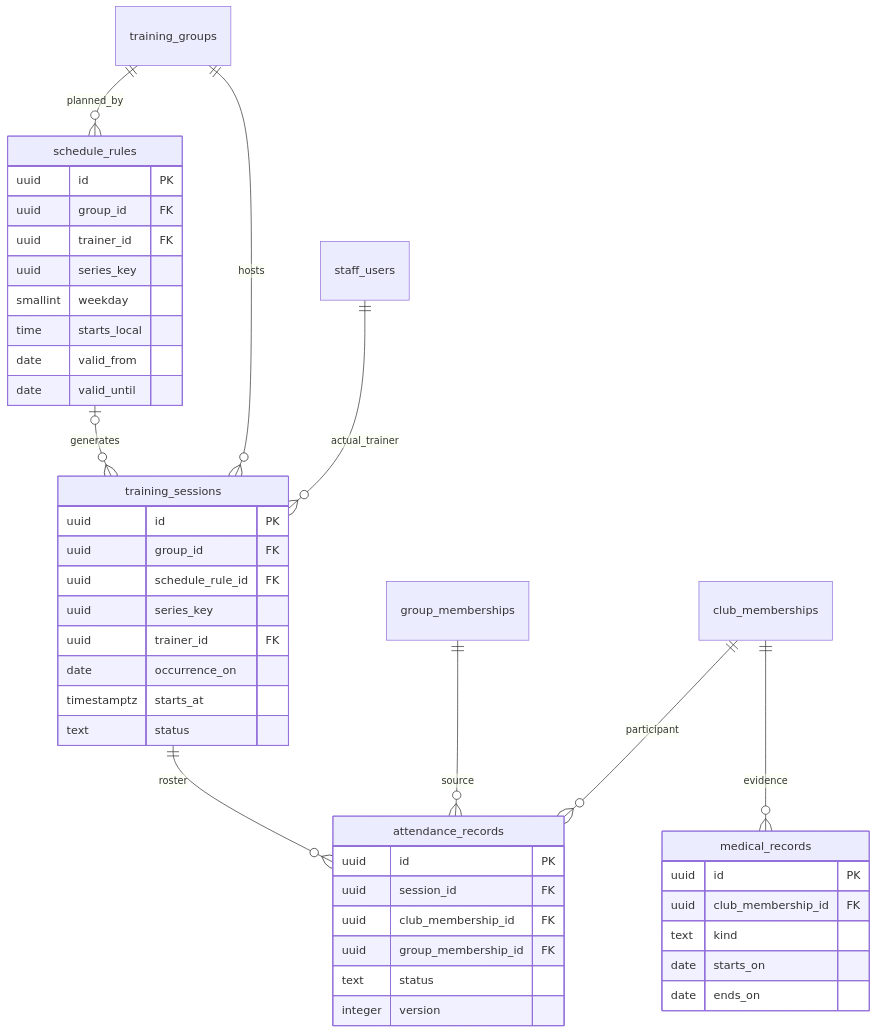
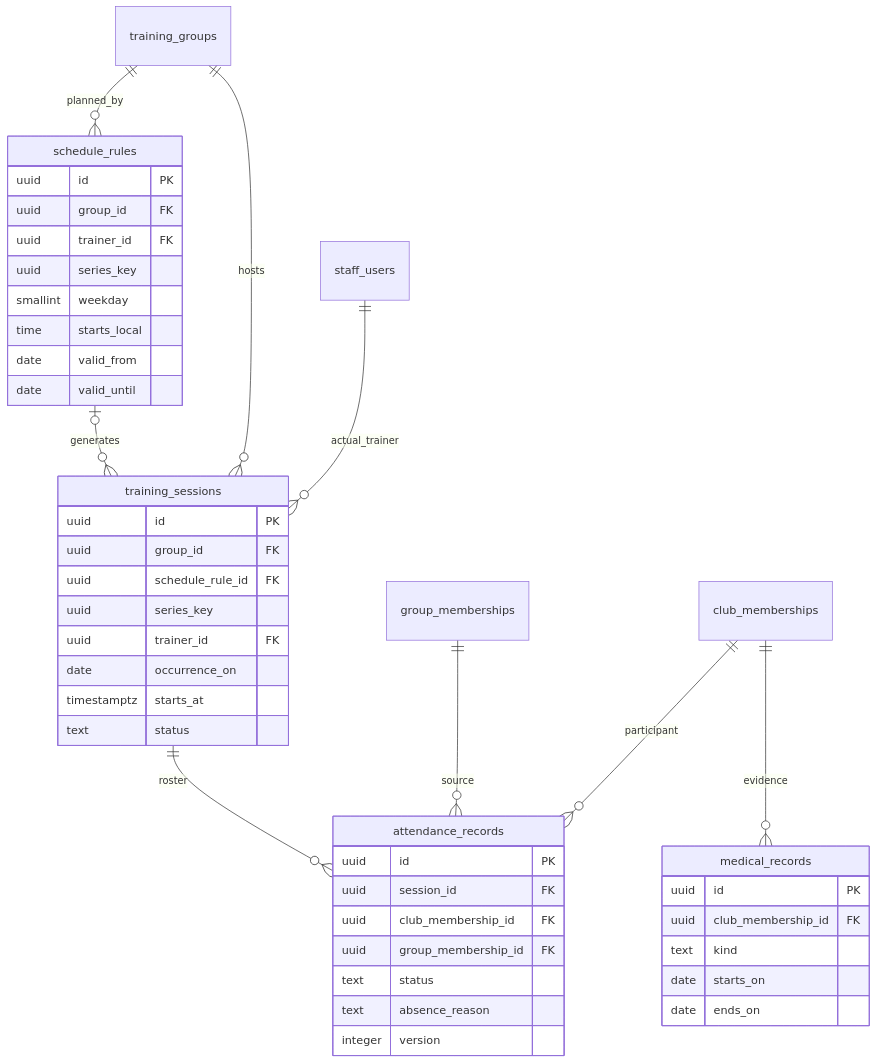
The third of 7 diagrams in docs/database/diagrams-v1.md (NikishGum/JudeOSLite), drawn with Mermaid before and after one commit. The commit also changed other lines of this file and 8 other files, not shown here.

````diff
--- a/docs/database/diagrams-v1.md
+++ b/docs/database/diagrams-v1.md
@@ -104,46 +104,47 @@
 ```mermaid
 erDiagram
     training_groups ||--o{ schedule_rules : planned_by
     schedule_rules o|--o{ training_sessions : generates
     training_groups ||--o{ training_sessions : hosts
     staff_users ||--o{ training_sessions : actual_trainer
     training_sessions ||--o{ attendance_records : roster
     group_memberships ||--o{ attendance_records : source
     club_memberships ||--o{ attendance_records : participant
     club_memberships ||--o{ medical_records : evidence
     schedule_rules {
         uuid id PK
         uuid group_id FK
         uuid trainer_id FK
         uuid series_key
         smallint weekday
         time starts_local
         date valid_from
         date valid_until
     }
     training_sessions {
         uuid id PK
         uuid group_id FK
         uuid schedule_rule_id FK
         uuid series_key
         uuid trainer_id FK
         date occurrence_on
         timestamptz starts_at
         text status
     }
     attendance_records {
         uuid id PK
         uuid session_id FK
         uuid club_membership_id FK
         uuid group_membership_id FK
         text status
+        text absence_reason
         integer version
     }
     medical_records {
         uuid id PK
         uuid club_membership_id FK
         text kind
         date starts_on
         date ends_on
     }
 ```
````
